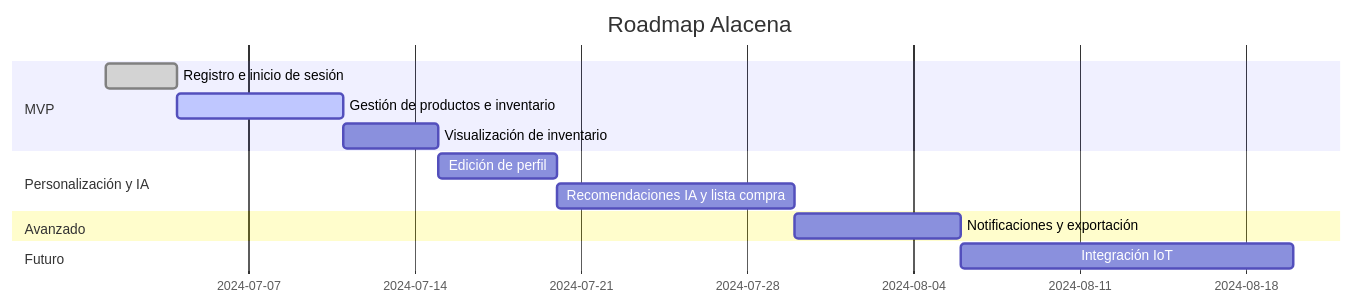
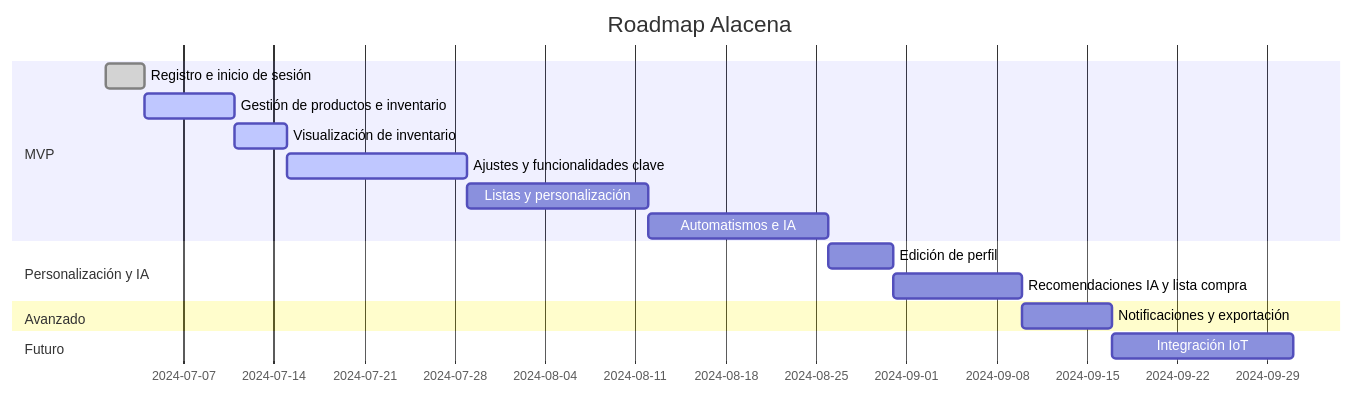
One commit to DanielContrerasAladro/AI4Devs-finalproject changed the diagram in refactor/analisis/PlanificacionReleasesRoadmap.md. Above: the diagram before and after it, drawn with Mermaid. The commit also changed other lines of this file and 19 other files, not shown here.

````diff
--- a/refactor/analisis/PlanificacionReleasesRoadmap.md
+++ b/refactor/analisis/PlanificacionReleasesRoadmap.md
@@ -28,20 +58,23 @@
 ```mermaid
 gantt
     dateFormat  YYYY-MM-DD
     title       Roadmap Alacena
 
     section MVP
     Registro e inicio de sesión         :done,    r1, 2024-07-01, 3d
     Gestión de productos e inventario   :active,  r2, 2024-07-04, 7d
-    Visualización de inventario         :         r3, 2024-07-11, 4d
+    Visualización de inventario         :active,  r3, 2024-07-11, 4d
+    Ajustes y funcionalidades clave     :active,  r4, 2024-07-15, 14d
+    Listas y personalización            :         r5, 2024-07-29, 14d
+    Automatismos e IA                   :         r6, 2024-08-12, 14d
 
     section Personalización y IA
-    Edición de perfil                   :         r4, 2024-07-15, 5d
-    Recomendaciones IA y lista compra   :         r5, 2024-07-20, 10d
+    Edición de perfil                   :         r7, 2024-08-26, 5d
+    Recomendaciones IA y lista compra   :         r8, 2024-08-31, 10d
 
     section Avanzado
-    Notificaciones y exportación        :         r6, 2024-07-30, 7d
+    Notificaciones y exportación        :         r9, 2024-09-10, 7d
 
     section Futuro
-    Integración IoT                     :         r7, 2024-08-06, 14d
+    Integración IoT                     :         r10, 2024-09-17, 14d
 ```
````
